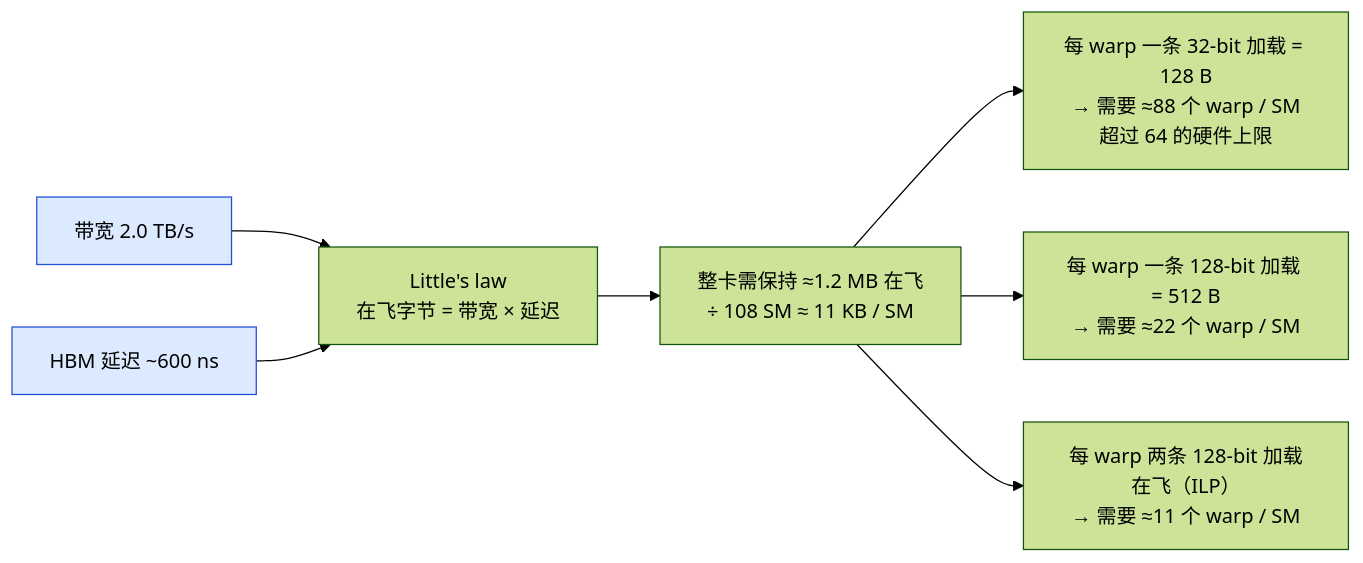
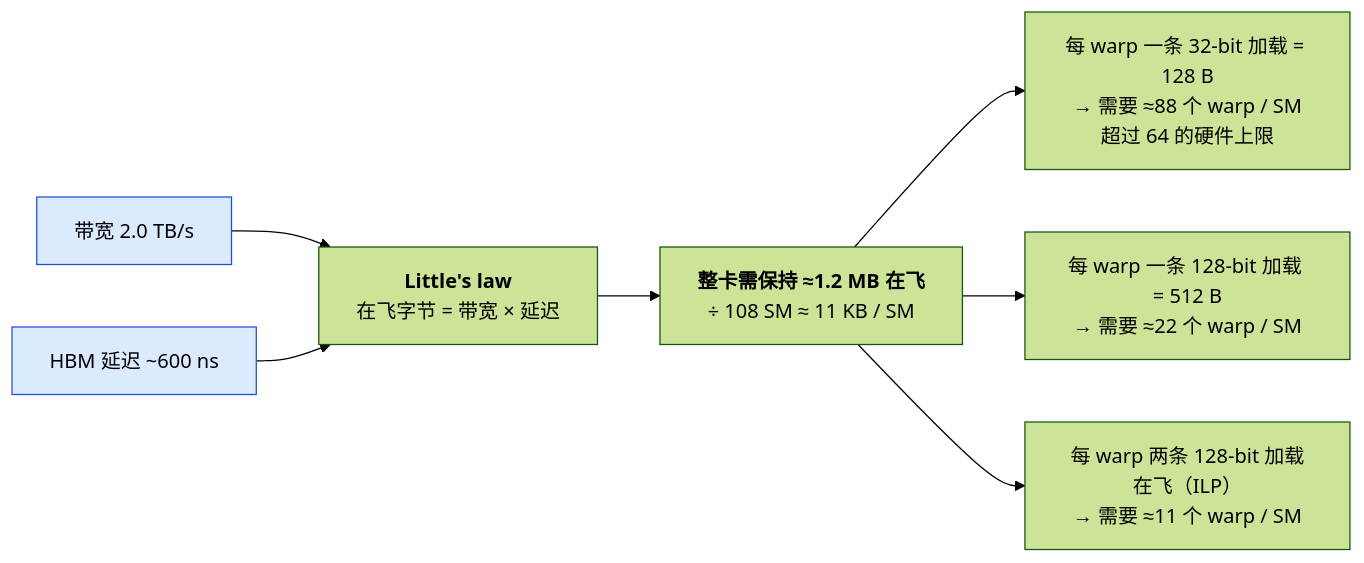
The first of 3 diagrams in _posts/2026-05-13-memory-coalescing-and-elementwise-kernels.md (arganzheng/arganzheng.github.com), drawn with Mermaid (forest theme) before and after one commit. The commit also changed other lines of this file and 10 other files, not shown here.

First line of the commit message:
GPU Kernel 工程：从 CUDA 执行模型到 FlashAttention：Mermaid 多行方框的首行标为标题（11 篇）

````diff
--- a/_posts/2026-05-13-memory-coalescing-and-elementwise-kernels.md
+++ b/_posts/2026-05-13-memory-coalescing-and-elementwise-kernels.md
@@ -256,11 +256,11 @@
 ```mermaid
 %% 图：Little's law 算占用率：在飞字节 = 带宽 × 延迟，每 warp 加载宽度决定需要多少 warp / SM
 flowchart LR
     classDef k fill:#dbeafe,stroke:#1d4ed8
-    BW["带宽 2.0 TB/s"]:::k --> L["Little's law<br/>在飞字节 = 带宽 × 延迟"]
+    BW["带宽 2.0 TB/s"]:::k --> L["<b>Little's law</b><br/>在飞字节 = 带宽 × 延迟"]
     LAT["HBM 延迟 ~600 ns"]:::k --> L
-    L --> F["整卡需保持 ≈1.2 MB 在飞<br/>÷ 108 SM ≈ 11 KB / SM"]
+    L --> F["<b>整卡需保持 ≈1.2 MB 在飞</b><br/>÷ 108 SM ≈ 11 KB / SM"]
     F --> A["每 warp 一条 32-bit 加载 = 128 B<br/>→ 需要 ≈88 个 warp / SM<br/>超过 64 的硬件上限"]
     F --> B["每 warp 一条 128-bit 加载 = 512 B<br/>→ 需要 ≈22 个 warp / SM"]
     F --> C["每 warp 两条 128-bit 加载在飞（ILP）<br/>→ 需要 ≈11 个 warp / SM"]
 ```
````
